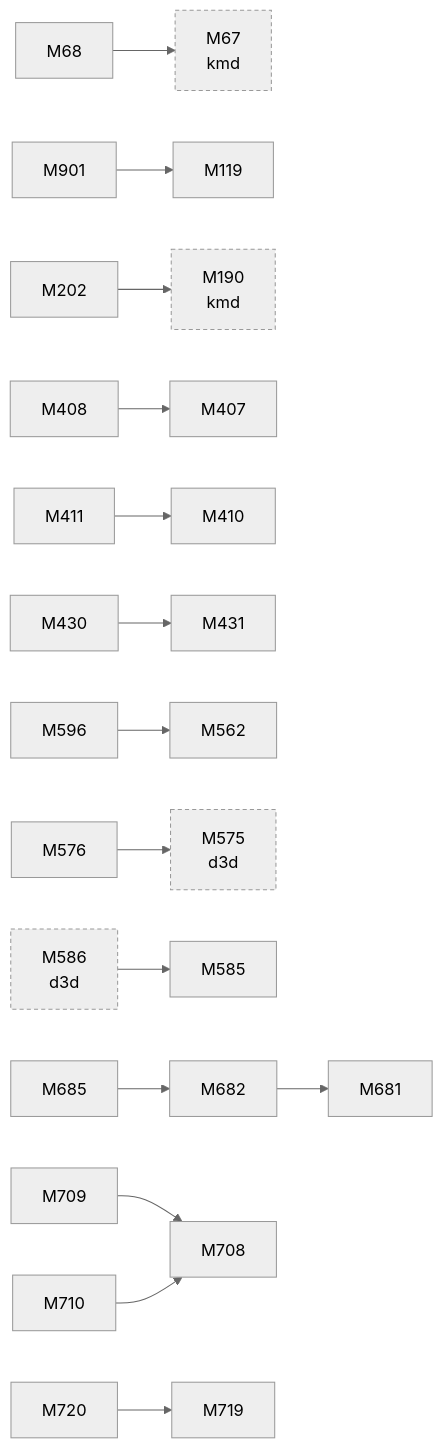
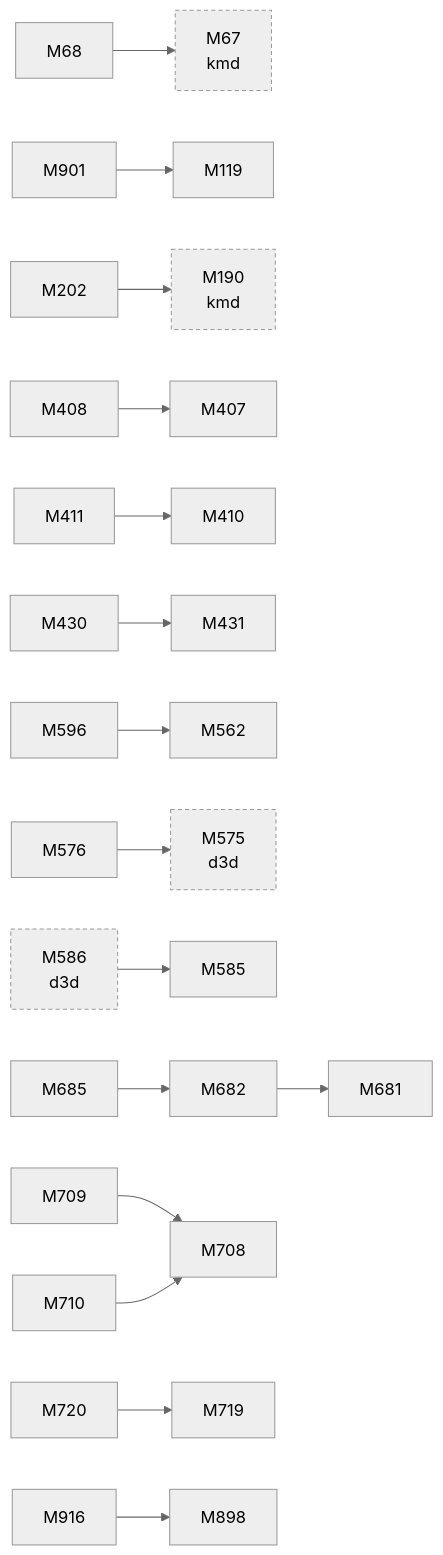
One commit to D-Ogi/amdgpu-wddm changed the third of 3 diagrams in docs/facts/graphs/display.md. Above: the diagram before and after it, drawn with Mermaid (neutral theme). The commit also changed 42 other files, not shown here.

````diff
--- a/docs/facts/graphs/display.md
+++ b/docs/facts/graphs/display.md
@@ -168,45 +168,48 @@
 ```mermaid
 flowchart LR
   M67["M67<br/>kmd"]
   M68["M68"]
   M119["M119"]
   M190["M190<br/>kmd"]
   M202["M202"]
   M407["M407"]
   M408["M408"]
   M410["M410"]
   M411["M411"]
   M430["M430"]
   M431["M431"]
   M562["M562"]
   M575["M575<br/>d3d"]
   M576["M576"]
   M585["M585"]
   M586["M586<br/>d3d"]
   M596["M596"]
   M681["M681"]
   M682["M682"]
   M685["M685"]
   M708["M708"]
   M709["M709"]
   M710["M710"]
   M719["M719"]
   M720["M720"]
+  M898["M898"]
   M901["M901"]
+  M916["M916"]
   M68 --> M67
   M202 --> M190
   M408 --> M407
   M411 --> M410
   M430 --> M431
   M576 --> M575
   M596 --> M562
   M682 --> M681
   M685 --> M682
   M709 --> M708
   M710 --> M708
   M720 --> M719
   M901 --> M119
+  M916 --> M898
   M586 --> M585
   classDef other stroke-dasharray:4 3
   class M67,M190,M575,M586 other
 ```
````
